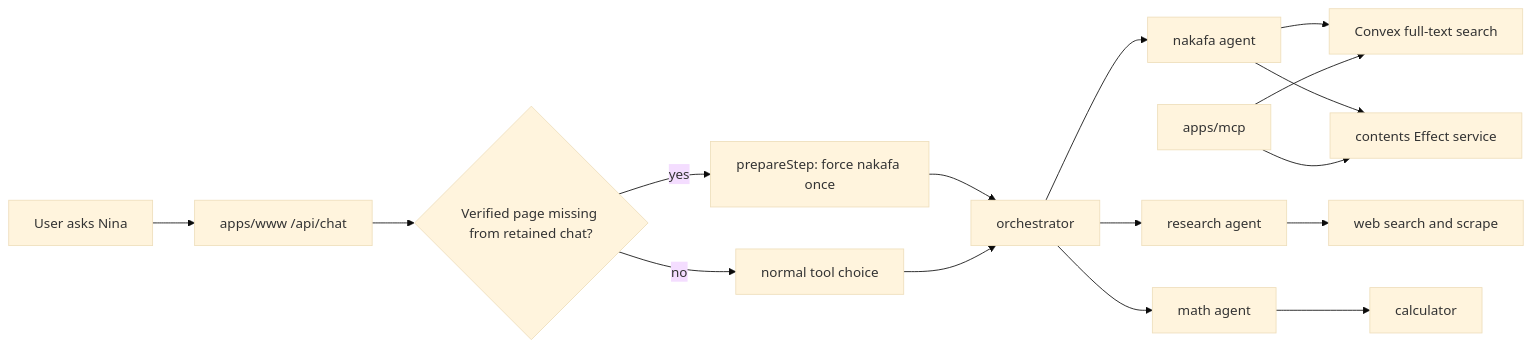
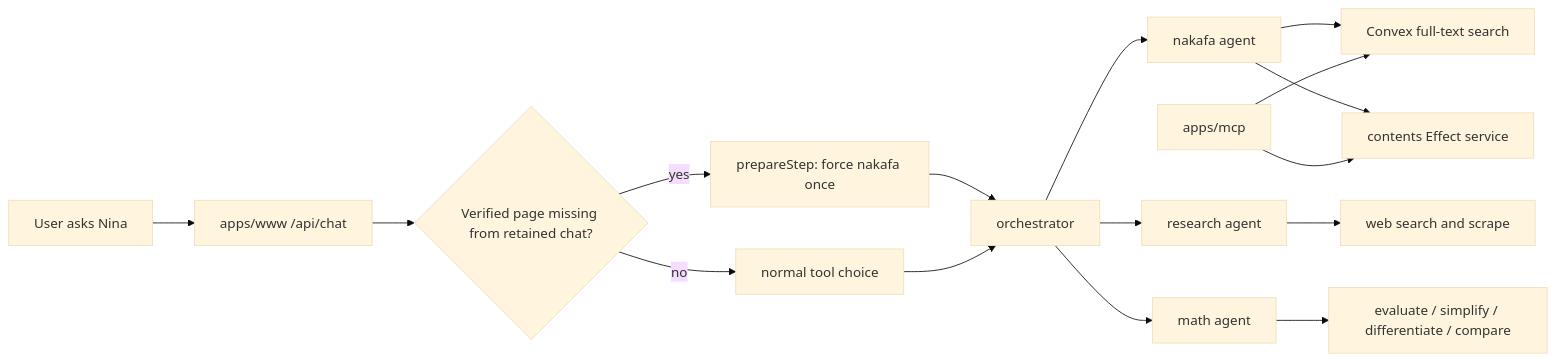
Before and after one commit to nakafaai/nakafa.com: the first of 2 diagrams in packages/ai/agents/docs/architecture.md, drawn with Mermaid (base theme). The commit also changed 56 other files, not shown here.

````diff
--- a/packages/ai/agents/docs/architecture.md
+++ b/packages/ai/agents/docs/architecture.md
@@ -9,18 +9,18 @@
 ```mermaid
 flowchart LR
   User["User asks Nina"] --> Route["apps/www /api/chat"]
   Route --> Check{"Verified page missing from retained chat?"}
   Check -- "yes" --> Forced["prepareStep: force nakafa once"]
   Check -- "no" --> Normal["normal tool choice"]
   Forced --> Orchestrator["orchestrator"]
   Normal --> Orchestrator
   Orchestrator --> Nakafa["nakafa agent"]
   Orchestrator --> Research["research agent"]
   Orchestrator --> Math["math agent"]
   Nakafa --> Search["Convex full-text search"]
   Nakafa --> Content["contents Effect service"]
   Mcp["apps/mcp"] --> Search
   Mcp --> Content
   Research --> Web["web search and scrape"]
-  Math --> Calculator["calculator"]
+  Math --> Evidence["evaluate / simplify / differentiate / compare"]
 ```
````
